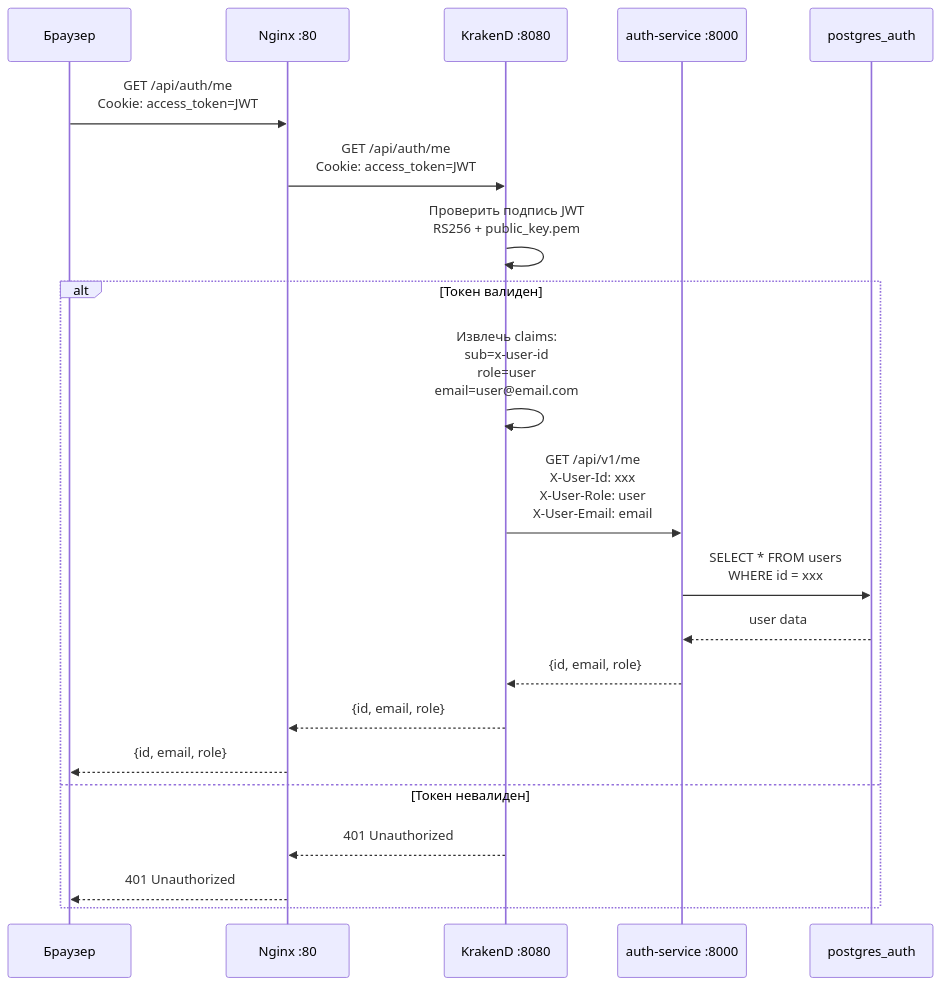
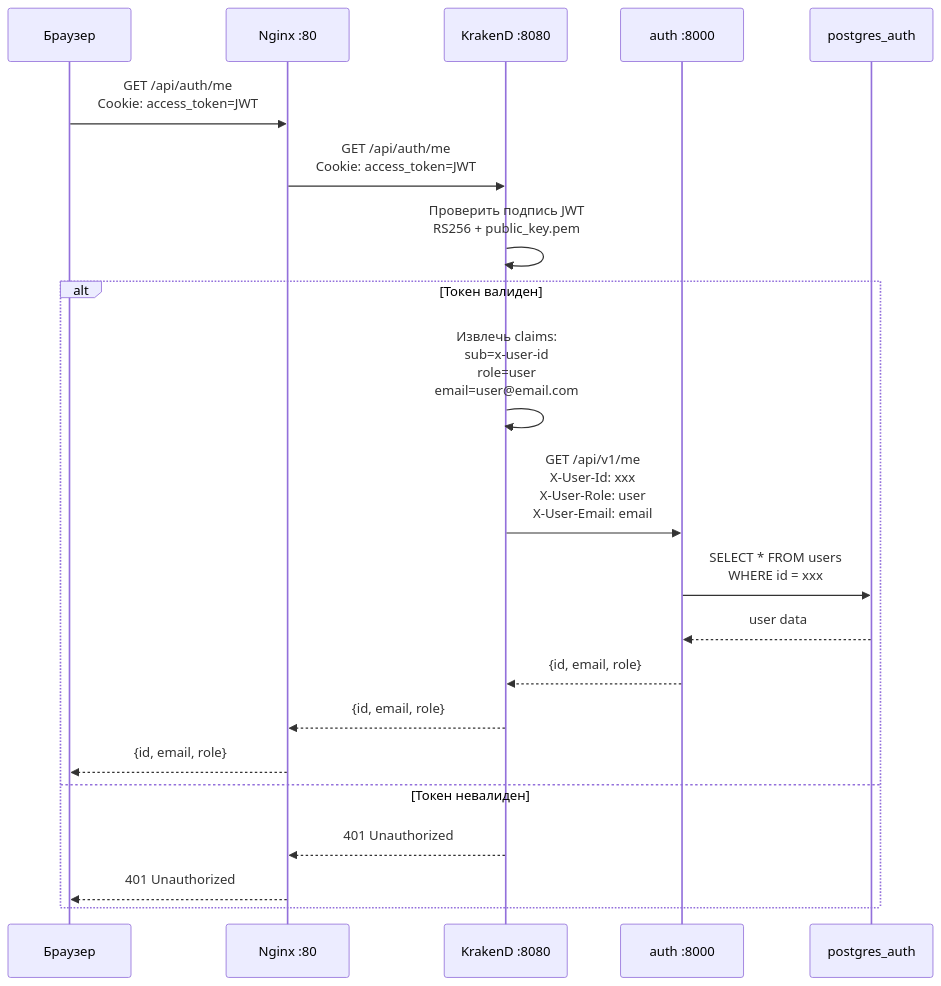
One commit to mindcoree/LoreLounge changed the third of 5 diagrams in docs/architecture.md. Above: the diagram before and after it, drawn with Mermaid. The commit also changed other lines of this file and 78 other files, not shown here.

````diff
--- a/docs/architecture.md
+++ b/docs/architecture.md
@@ -81,27 +81,27 @@
 ```mermaid
 sequenceDiagram
     participant B as Браузер
     participant N as Nginx :80
     participant K as KrakenD :8080
-    participant A as auth-service :8000
+    participant A as auth :8000
     participant PG as postgres_auth
 
     B->>N: GET /api/auth/me<br/>Cookie: access_token=JWT
 
     N->>K: GET /api/auth/me<br/>Cookie: access_token=JWT
 
     K->>K: Проверить подпись JWT<br/>RS256 + public_key.pem
 
     alt Токен валиден
         K->>K: Извлечь claims:<br/>sub=x-user-id<br/>role=user<br/>email=user@email.com
         K->>A: GET /api/v1/me<br/>X-User-Id: xxx<br/>X-User-Role: user<br/>X-User-Email: email
         A->>PG: SELECT * FROM users<br/>WHERE id = xxx
         PG-->>A: user data
         A-->>K: {id, email, role}
         K-->>N: {id, email, role}
         N-->>B: {id, email, role}
     else Токен невалиден
         K-->>N: 401 Unauthorized
         N-->>B: 401 Unauthorized
     end
 ```
````
